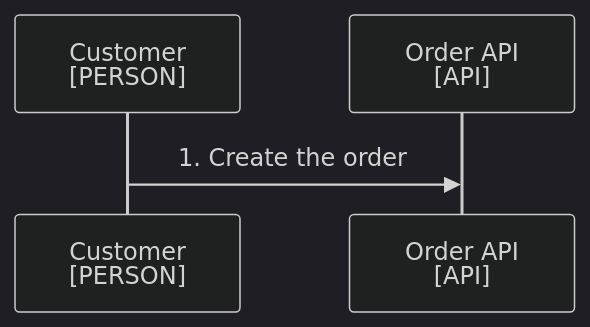
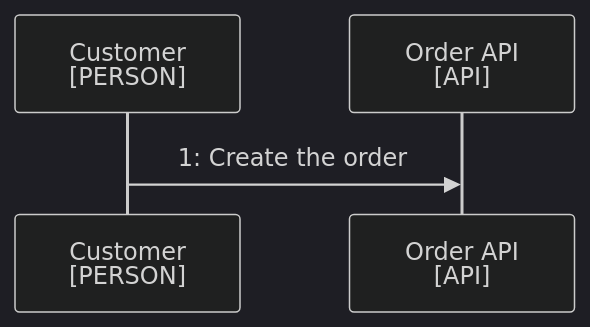
The diagram in skills/docsmith/scripts/fixtures/bad/view/docs/architecture.md (choonchernlim/skills), drawn with Mermaid (dark theme) before and after one commit. The commit also changed 43 other files, not shown here.

Commit message:
feat: update Mermaid syntax to use 'graph TD' and enhance boundary title formatting

````diff
--- a/skills/docsmith/scripts/fixtures/bad/view/docs/architecture.md
+++ b/skills/docsmith/scripts/fixtures/bad/view/docs/architecture.md
@@ -12,6 +12,6 @@
 ```mermaid
 sequenceDiagram
   participant Customer as Customer<br/>[PERSON]
   participant Route as Order API<br/>[API]
-  Customer->>Route: 1. Create the order
+  Customer->>Route: 1: Create the order
 ```
````
